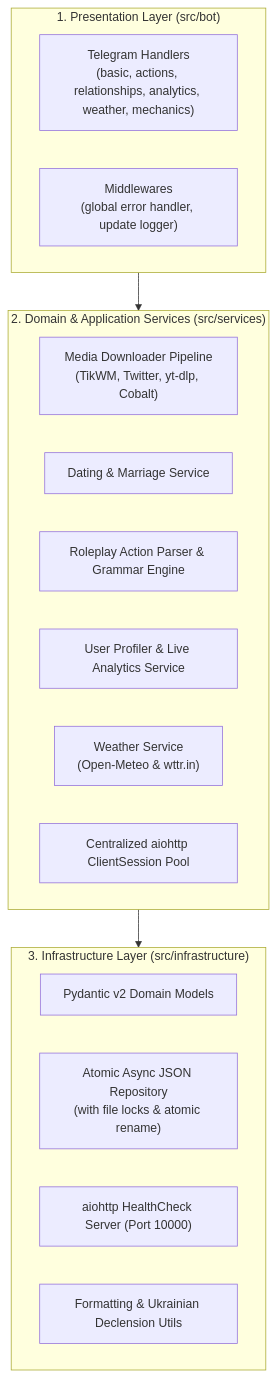
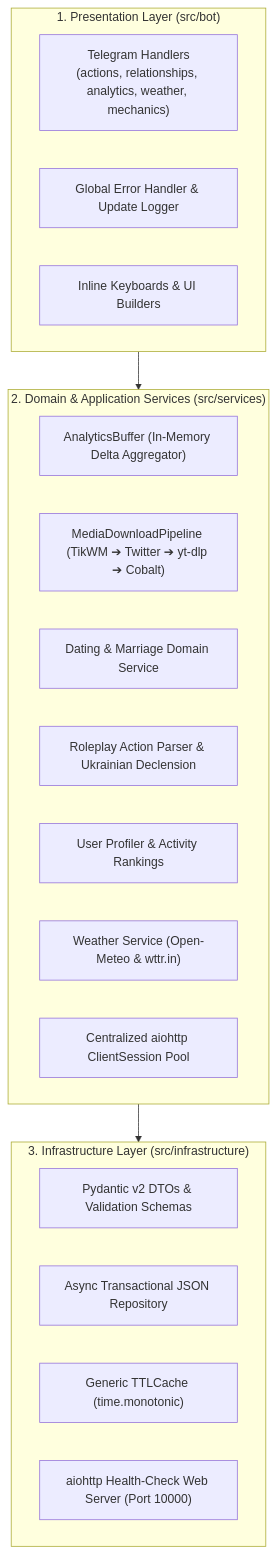
One commit to TarasikPy/bugaichybot changed the diagram in README.md. Above: the diagram before and after it, drawn with Mermaid. The commit also changed other lines of this file and 1 other file, not shown here.

Commit message:
docs: add technical documentation, architecture diagrams, and deployment guides

````diff
--- a/README.md
+++ b/README.md
@@ -41,26 +52,28 @@
 ```mermaid
 flowchart TD
     subgraph Presentation ["1. Presentation Layer (src/bot)"]
-        Handlers["Telegram Handlers\n(basic, actions, relationships, analytics, weather, mechanics)"]
-        Middlewares["Middlewares\n(global error handler, update logger)"]
+        Handlers["Telegram Handlers\n(actions, relationships, analytics, weather, mechanics)"]
+        Middlewares["Global Error Handler & Update Logger"]
+        Keyboards["Inline Keyboards & UI Builders"]
     end
 
     subgraph Services ["2. Domain & Application Services (src/services)"]
-        MediaDownloader["Media Downloader Pipeline\n(TikWM, Twitter, yt-dlp, Cobalt)"]
-        DatingService["Dating & Marriage Service"]
-        RPService["Roleplay Action Parser & Grammar Engine"]
-        ProfilerService["User Profiler & Live Analytics Service"]
-        WeatherService["Weather Service\n(Open-Meteo & wttr.in)"]
-        HTTPClient["Centralized aiohttp ClientSession Pool"]
+        AnalyticsBuffer["AnalyticsBuffer (In-Memory Delta Aggregator)"]
+        MediaPipeline["MediaDownloadPipeline (TikWM ➔ Twitter ➔ yt-dlp ➔ Cobalt)"]
+        DatingService["Dating & Marriage Domain Service"]
+        RPService["Roleplay Action Parser & Ukrainian Declension"]
+        ProfilerService["User Profiler & Activity Rankings"]
+        WeatherService["Weather Service (Open-Meteo & wttr.in)"]
+        HTTPPool["Centralized aiohttp ClientSession Pool"]
     end
 
     subgraph Infrastructure ["3. Infrastructure Layer (src/infrastructure)"]
-        PydanticModels["Pydantic v2 Domain Models"]
-        AsyncRepository["Atomic Async JSON Repository\n(with file locks & atomic rename)"]
-        HealthServer["aiohttp HealthCheck Server (Port 10000)"]
-        FormattingUtils["Formatting & Ukrainian Declension Utils"]
+        PydanticModels["Pydantic v2 DTOs & Validation Schemas"]
+        TransactionalRepo["Async Transactional JSON Repository"]
+        TTLCacheStore["Generic TTLCache (time.monotonic)"]
+        HealthServer["aiohttp Health-Check Web Server (Port 10000)"]
     end
 
     Presentation --> Services
     Services --> Infrastructure
 ```
````
